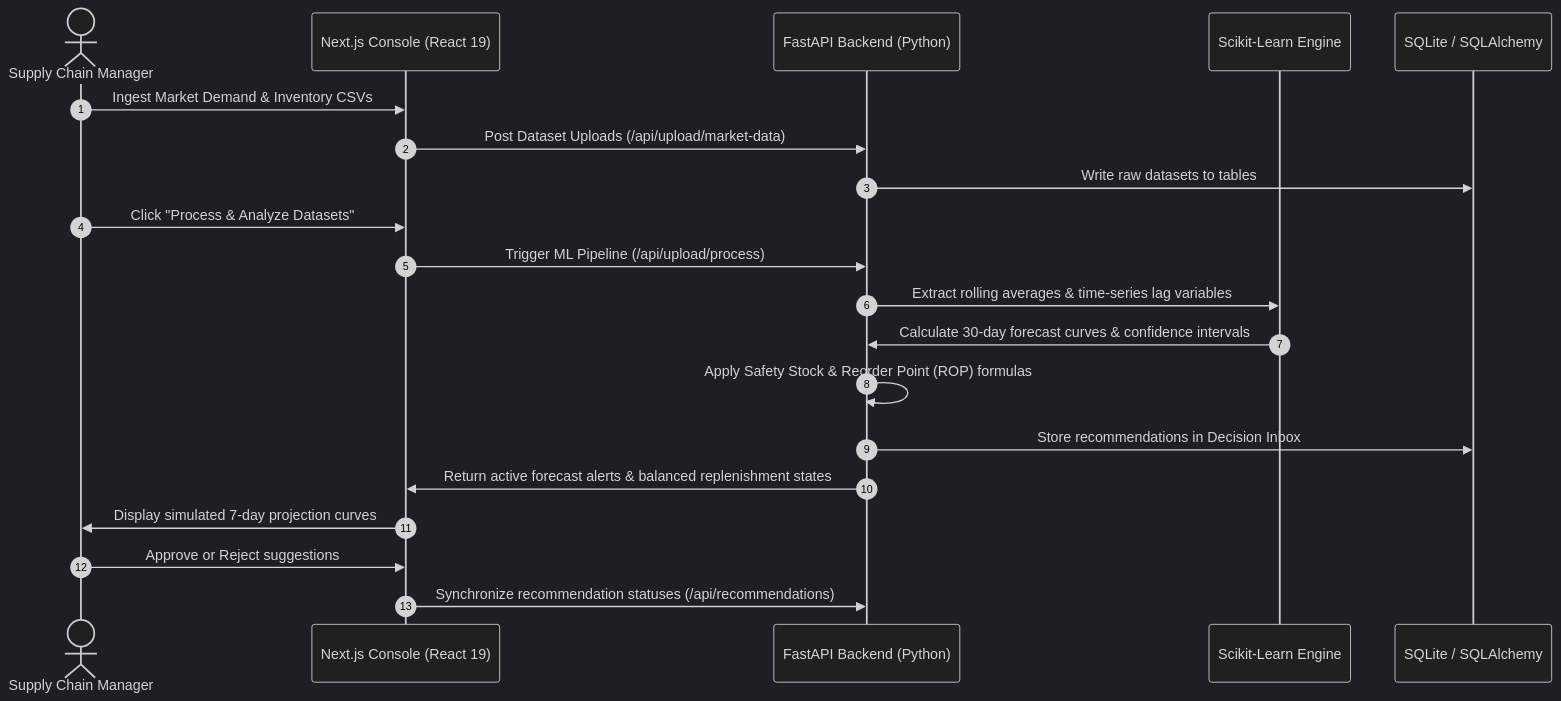
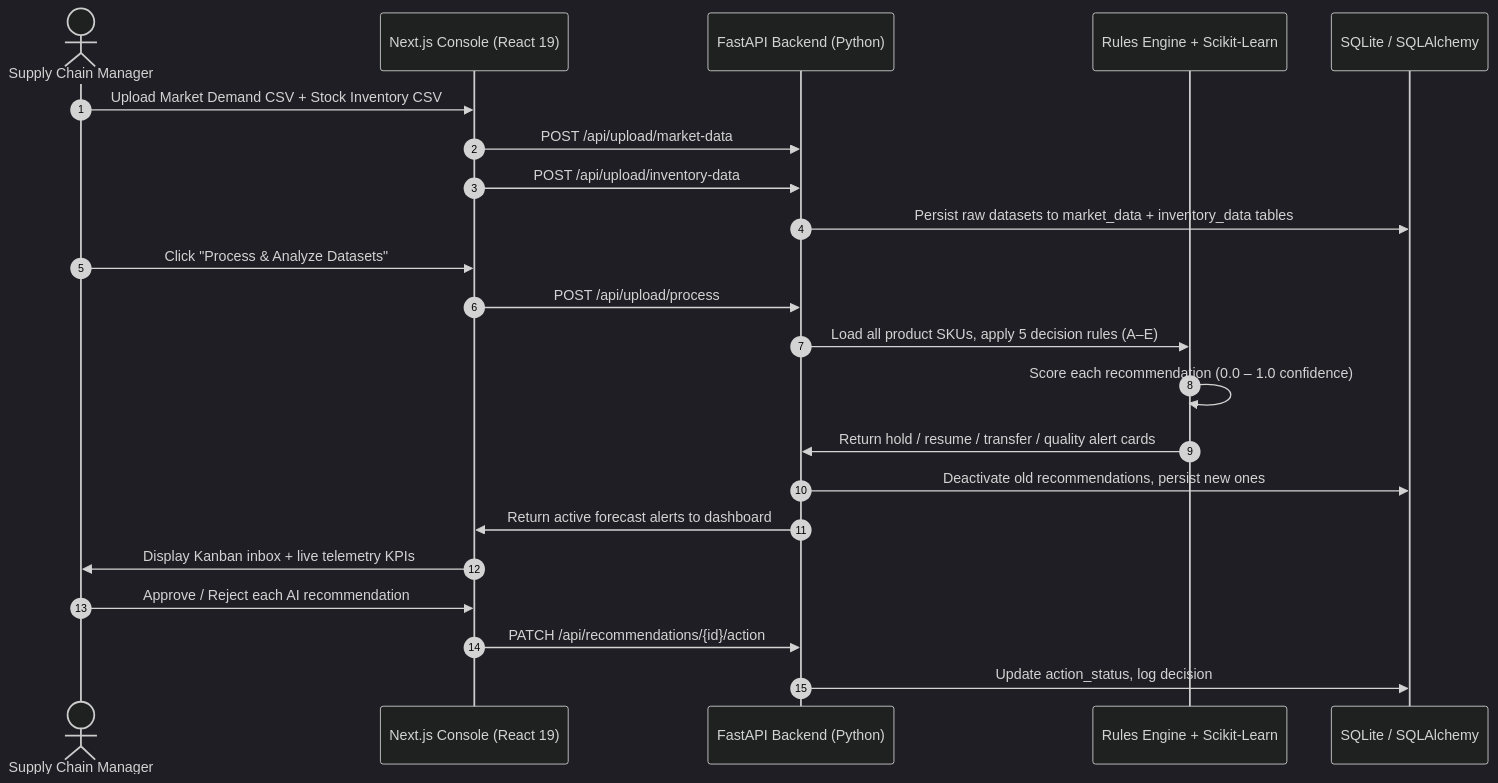
One commit to KadirKh/DemandFlow-AI changed the diagram in README.md. Above: the diagram before and after it, drawn with Mermaid (dark theme). The commit also changed other lines of this file and 2 other files, not shown here.

Commit message:
docs+fix: overhaul README and fix dashboard live data issues

````diff
--- a/README.md
+++ b/README.md
@@ -35,23 +87,25 @@
 ```mermaid
 sequenceDiagram
     autonumber
     actor Manufacturer as Supply Chain Manager
     participant UI as Next.js Console (React 19)
     participant API as FastAPI Backend (Python)
-    participant ML as Scikit-Learn Engine
+    participant ML as Rules Engine + Scikit-Learn
     participant DB as SQLite / SQLAlchemy
 
-    Manufacturer->>UI: Ingest Market Demand & Inventory CSVs
-    UI->>API: Post Dataset Uploads (/api/upload/market-data)
-    API->>DB: Write raw datasets to tables
+    Manufacturer->>UI: Upload Market Demand CSV + Stock Inventory CSV
+    UI->>API: POST /api/upload/market-data
+    UI->>API: POST /api/upload/inventory-data
+    API->>DB: Persist raw datasets to market_data + inventory_data tables
     Manufacturer->>UI: Click "Process & Analyze Datasets"
-    UI->>API: Trigger ML Pipeline (/api/upload/process)
-    API->>ML: Extract rolling averages & time-series lag variables
-    ML->>API: Calculate 30-day forecast curves & confidence intervals
-    API->>API: Apply Safety Stock & Reorder Point (ROP) formulas
-    API->>DB: Store recommendations in Decision Inbox
-    API->>UI: Return active forecast alerts & balanced replenishment states
-    UI->>Manufacturer: Display simulated 7-day projection curves
-    Manufacturer->>UI: Approve or Reject suggestions
-    UI->>API: Synchronize recommendation statuses (/api/recommendations)
+    UI->>API: POST /api/upload/process
+    API->>ML: Load all product SKUs, apply 5 decision rules (A–E)
+    ML->>ML: Score each recommendation (0.0 – 1.0 confidence)
+    ML->>API: Return hold / resume / transfer / quality alert cards
+    API->>DB: Deactivate old recommendations, persist new ones
+    API->>UI: Return active forecast alerts to dashboard
+    UI->>Manufacturer: Display Kanban inbox + live telemetry KPIs
+    Manufacturer->>UI: Approve / Reject each AI recommendation
+    UI->>API: PATCH /api/recommendations/{id}/action
+    API->>DB: Update action_status, log decision
 ```
````
